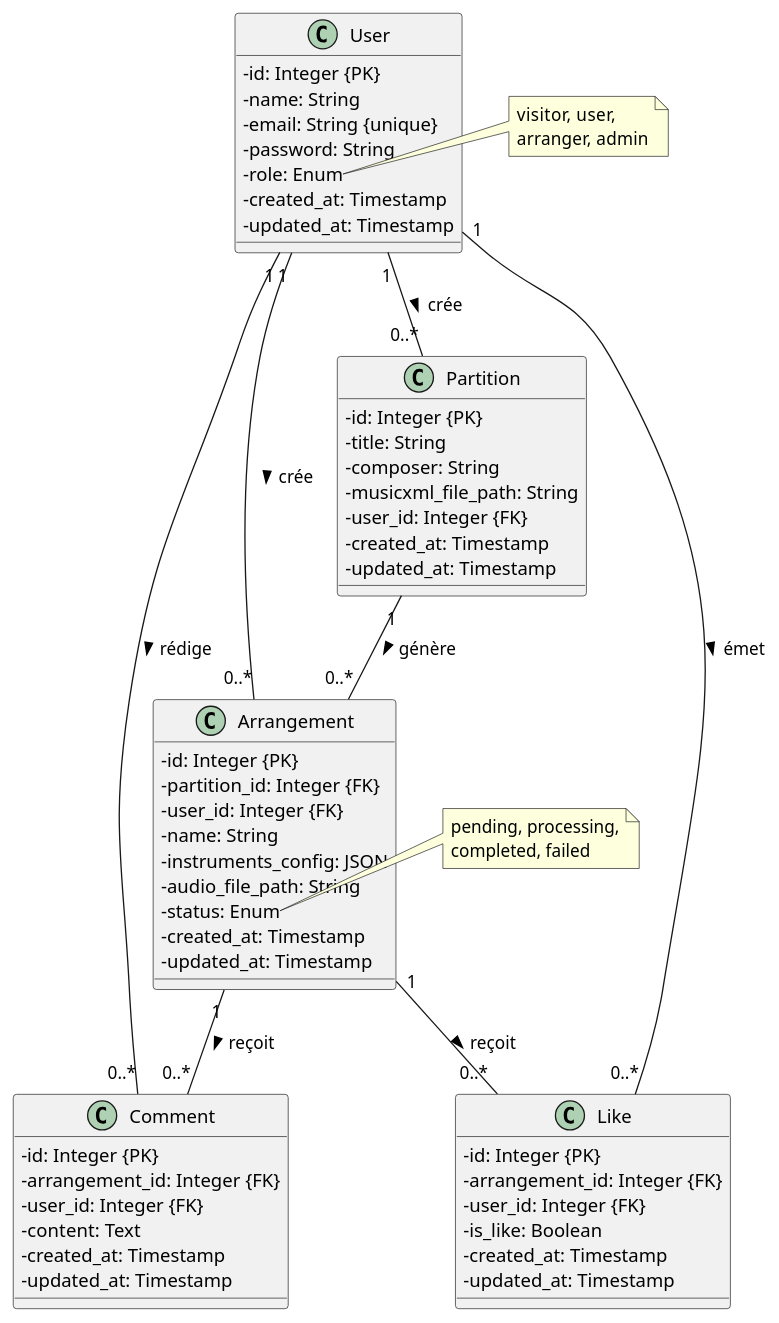
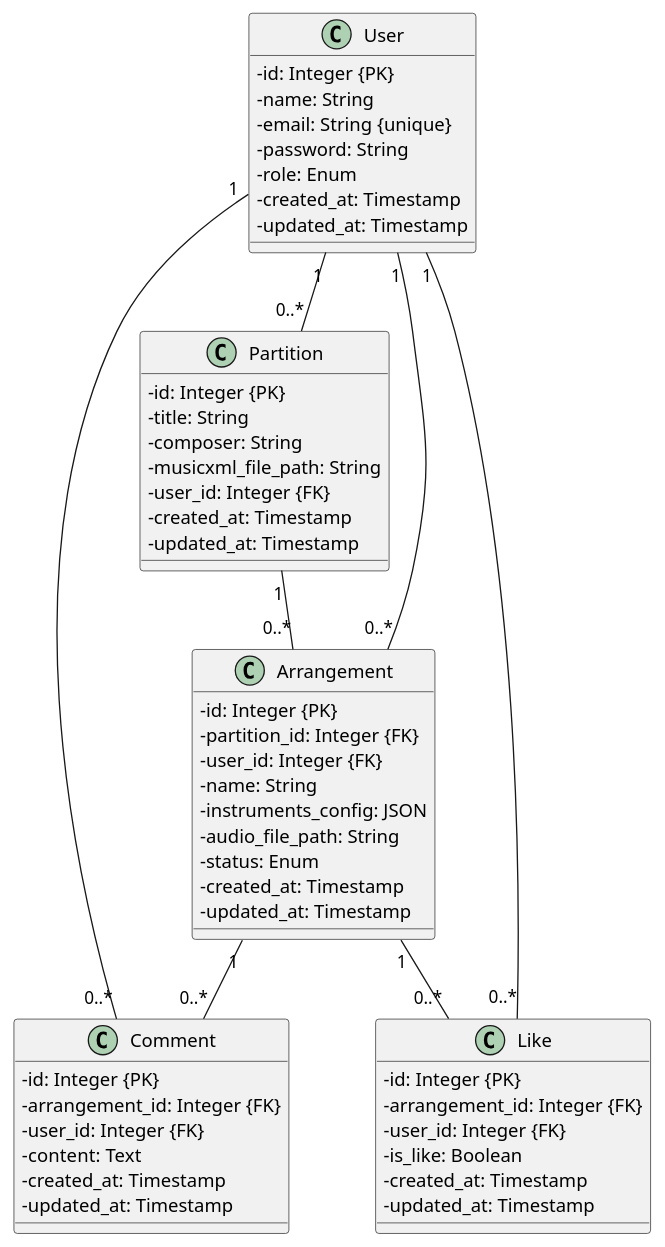
The first of 2 diagrams in README.md (OretrO/Len-Synphonie), drawn with PlantUML before and after one commit.

Commit message:
changement mcd

````diff
--- a/README.md
+++ b/README.md
@@ -60,73 +62,63 @@
 ```plantuml
 skinparam classAttributeIconSize 0
 
 class User {
-- id: Integer {PK}
-- name: String
-- email: String {unique}
-- password: String
-- role: Enum
-- created_at: Timestamp
-- updated_at: Timestamp
-  }
+  - id: Integer {PK}
+  - name: String
+  - email: String {unique}
+  - password: String
+  - role: Enum
+  - created_at: Timestamp
+  - updated_at: Timestamp
+}
 
 class Partition {
-- id: Integer {PK}
-- title: String
-- composer: String
-- musicxml_file_path: String
-- user_id: Integer {FK}
-- created_at: Timestamp
-- updated_at: Timestamp
-  }
+  - id: Integer {PK}
+  - title: String
+  - composer: String
+  - musicxml_file_path: String
+  - user_id: Integer {FK}
+  - created_at: Timestamp
+  - updated_at: Timestamp
+}
 
 class Arrangement {
-- id: Integer {PK}
-- partition_id: Integer {FK}
-- user_id: Integer {FK}
-- name: String
-- instruments_config: JSON
-- audio_file_path: String
-- status: Enum
-- created_at: Timestamp
-- updated_at: Timestamp
-  }
+  - id: Integer {PK}
+  - partition_id: Integer {FK}
+  - user_id: Integer {FK}
+  - name: String
+  - instruments_config: JSON
+  - audio_file_path: String
+  - status: Enum
+  - created_at: Timestamp
+  - updated_at: Timestamp
+}
 
 class Comment {
-- id: Integer {PK}
-- arrangement_id: Integer {FK}
-- user_id: Integer {FK}
-- content: Text
-- created_at: Timestamp
-- updated_at: Timestamp
-  }
+  - id: Integer {PK}
+  - arrangement_id: Integer {FK}
+  - user_id: Integer {FK}
+  - content: Text
+  - created_at: Timestamp
+  - updated_at: Timestamp
+}
 
 class Like {
-- id: Integer {PK}
-- arrangement_id: Integer {FK}
-- user_id: Integer {FK}
-- is_like: Boolean
-- created_at: Timestamp
-- updated_at: Timestamp
-  }
+  - id: Integer {PK}
+  - arrangement_id: Integer {FK}
+  - user_id: Integer {FK}
+  - is_like: Boolean
+  - created_at: Timestamp
+  - updated_at: Timestamp
+}
 
-User "1" -- "0..*" Partition : crée >
-User "1" -- "0..*" Arrangement : crée >
-User "1" -- "0..*" Comment : rédige >
-User "1" -- "0..*" Like : émet >
+User "1" -- "0..*" Partition
+User "1" -- "0..*" Arrangement
+User "1" -- "0..*" Comment
+User "1" -- "0..*" Like
 
-Partition "1" -- "0..*" Arrangement : génère >
+Partition "1" -- "0..*" Arrangement
 
-Arrangement "1" -- "0..*" Comment : reçoit >
-Arrangement "1" -- "0..*" Like : reçoit >
-
-note right of User::role
-visitor, user,
-arranger, admin
-end note
-
-note right of Arrangement::status
-pending, processing,
-completed, failed
-end note
+Arrangement "1" -- "0..*" Comment
+Arrangement "1" -- "0..*" Like
 ```
````
